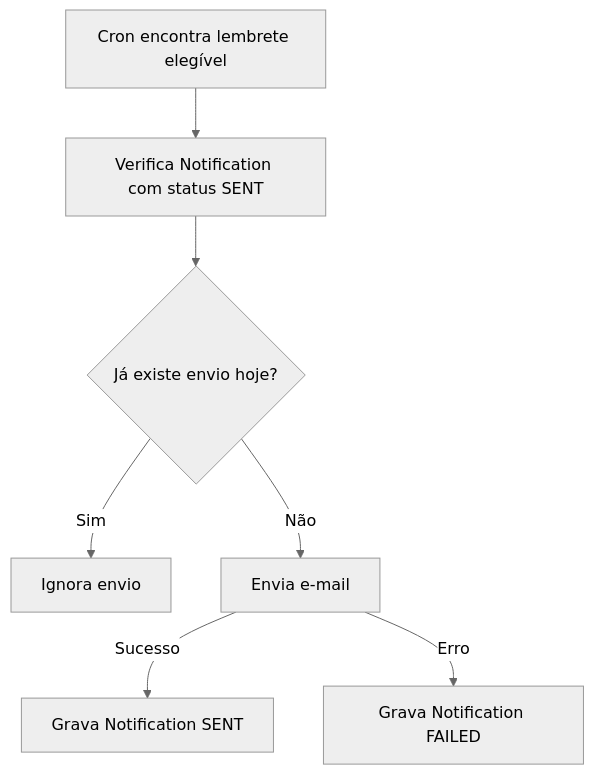
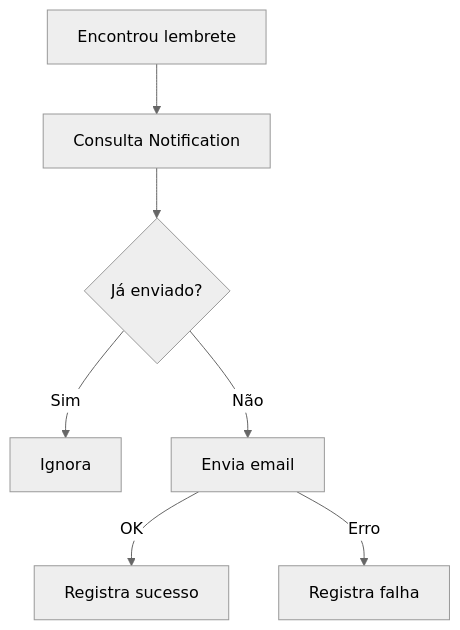
The eighth of 8 diagrams in docs/diagrams.md (AysllaGomes/pet-health-api), drawn with Mermaid (neutral theme) before and after one commit. The commit also changed other lines of this file and 4 other files, not shown here.

Commit message:
refactor(reminders): improve separation of concerns and add diagrams and architecture docs

````diff
--- a/docs/diagrams.md
+++ b/docs/diagrams.md
@@ -348,17 +192,17 @@
 ```mermaid
 flowchart TD
-    A[Cron encontra lembrete elegível]
-    B[Verifica Notification com status SENT]
-    C{Já existe envio hoje?}
-    D[Ignora envio]
-    E[Envia e-mail]
-    F[Grava Notification SENT]
-    G[Grava Notification FAILED]
+    A[Encontrou lembrete]
+    B[Consulta Notification]
+    C{Já enviado?}
+    D[Ignora]
+    E[Envia email]
+    F[Registra sucesso]
+    G[Registra falha]
 
     A --> B
     B --> C
     C -->|Sim| D
     C -->|Não| E
-    E -->|Sucesso| F
+    E -->|OK| F
     E -->|Erro| G
 ```
````
